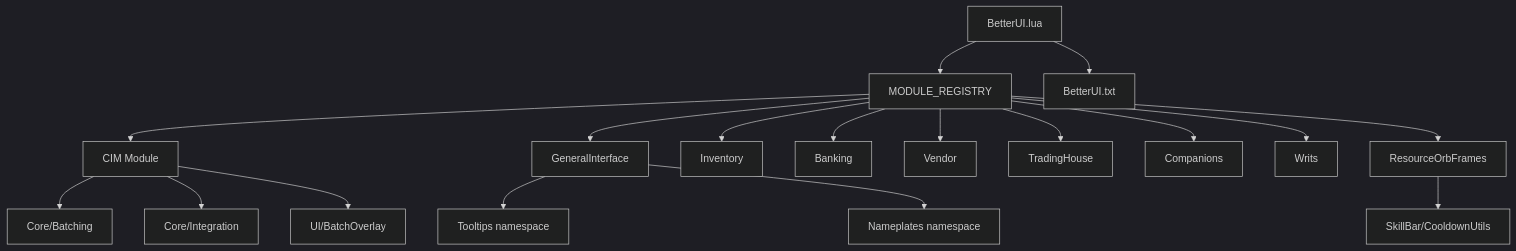
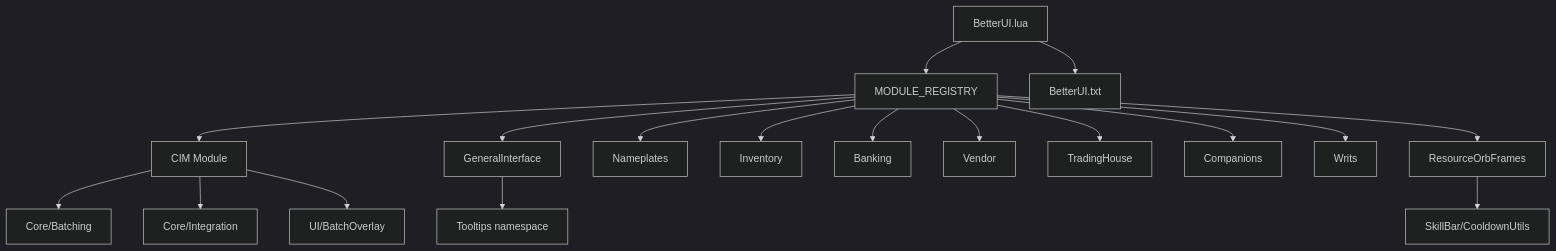
Before and after one commit to goobsnake/BetterUI: the first of 3 diagrams in docs/reference/architecture.md, drawn with Mermaid (dark theme). The commit also changed other lines of this file and 68 other files, not shown here.

````diff
--- a/docs/reference/architecture.md
+++ b/docs/reference/architecture.md
@@ -511,20 +518,20 @@
 ```mermaid
 graph TD
     A[BetterUI.lua] --> B[MODULE_REGISTRY]
     A --> C[BetterUI.txt]
     B --> D[CIM Module]
     B --> E[GeneralInterface]
+    B --> M[Nameplates]
     B --> F[Inventory]
     B --> G[Banking]
     B --> H[Vendor]
     B --> I[TradingHouse]
     B --> J[Companions]
     B --> K[Writs]
     B --> L[ResourceOrbFrames]
     E --> E1[Tooltips namespace]
-    E --> E2[Nameplates namespace]
     D --> D1[Core/Batching]
     D --> D2[Core/Integration]
     D --> D3[UI/BatchOverlay]
     L --> L1[SkillBar/CooldownUtils]
 ```
````
